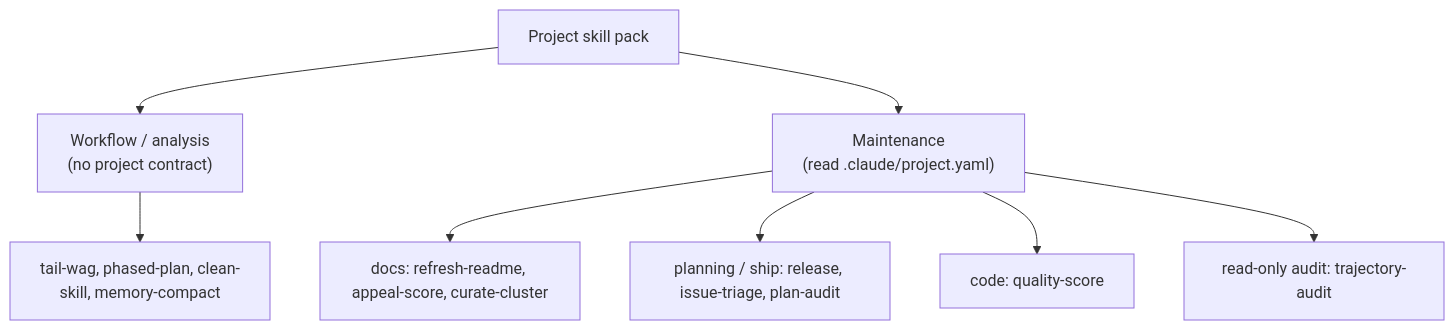
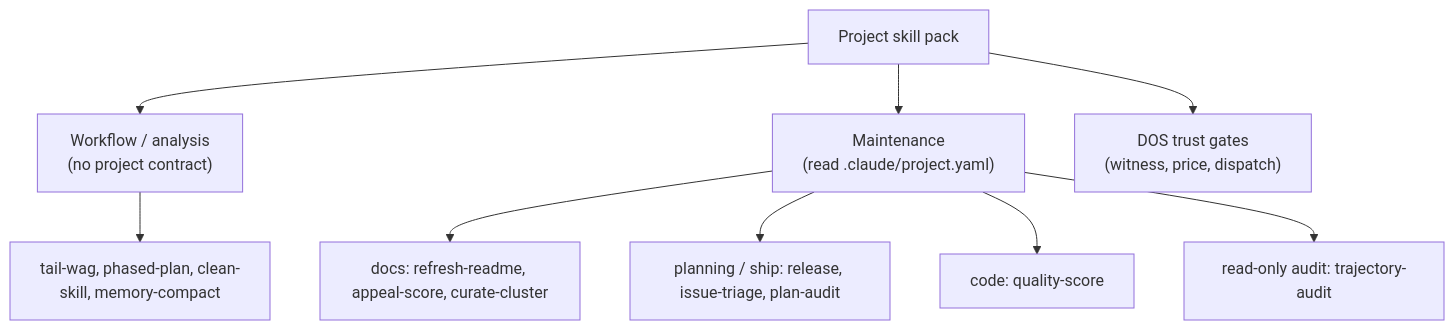
One commit to anthony-chaudhary/fak changed the diagram in .claude/skills/README.md. Above: the diagram before and after it, drawn with Mermaid. The commit also changed other lines of this file and 3 other files, not shown here.

Commit message:
feat(claude): add DOS witness gates (fak claude)

````diff
--- a/.claude/skills/README.md
+++ b/.claude/skills/README.md
@@ -10,10 +10,11 @@
 ```mermaid
 flowchart TD
   Pack["Project skill pack"] --> WF["Workflow / analysis<br/>(no project contract)"]
   Pack --> MN["Maintenance<br/>(read .claude/project.yaml)"]
   WF --> Analysis["tail-wag, phased-plan, clean-skill, memory-compact"]
   MN --> Doc["docs: refresh-readme, appeal-score, curate-cluster"]
   MN --> Plan["planning / ship: release, issue-triage, plan-audit"]
   MN --> Quality["code: quality-score"]
   MN --> Audit["read-only audit: trajectory-audit"]
+  Pack --> DOS["DOS trust gates<br/>(witness, price, dispatch)"]
 ```
````
